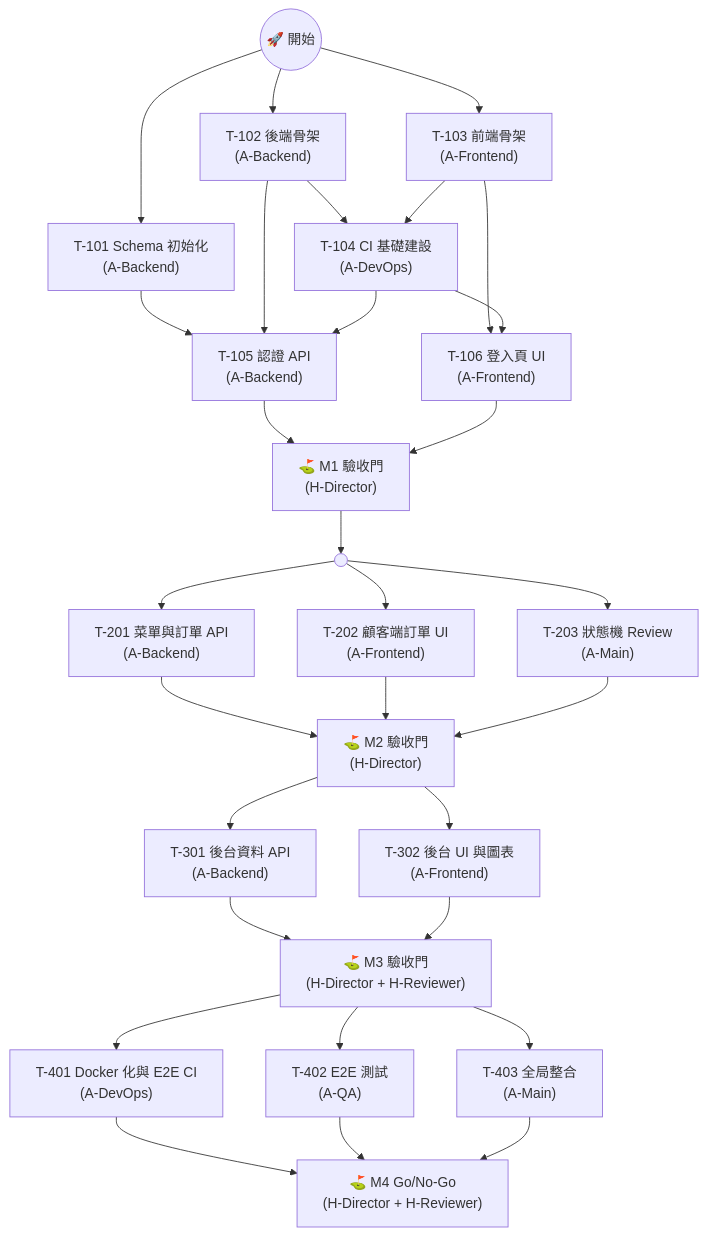
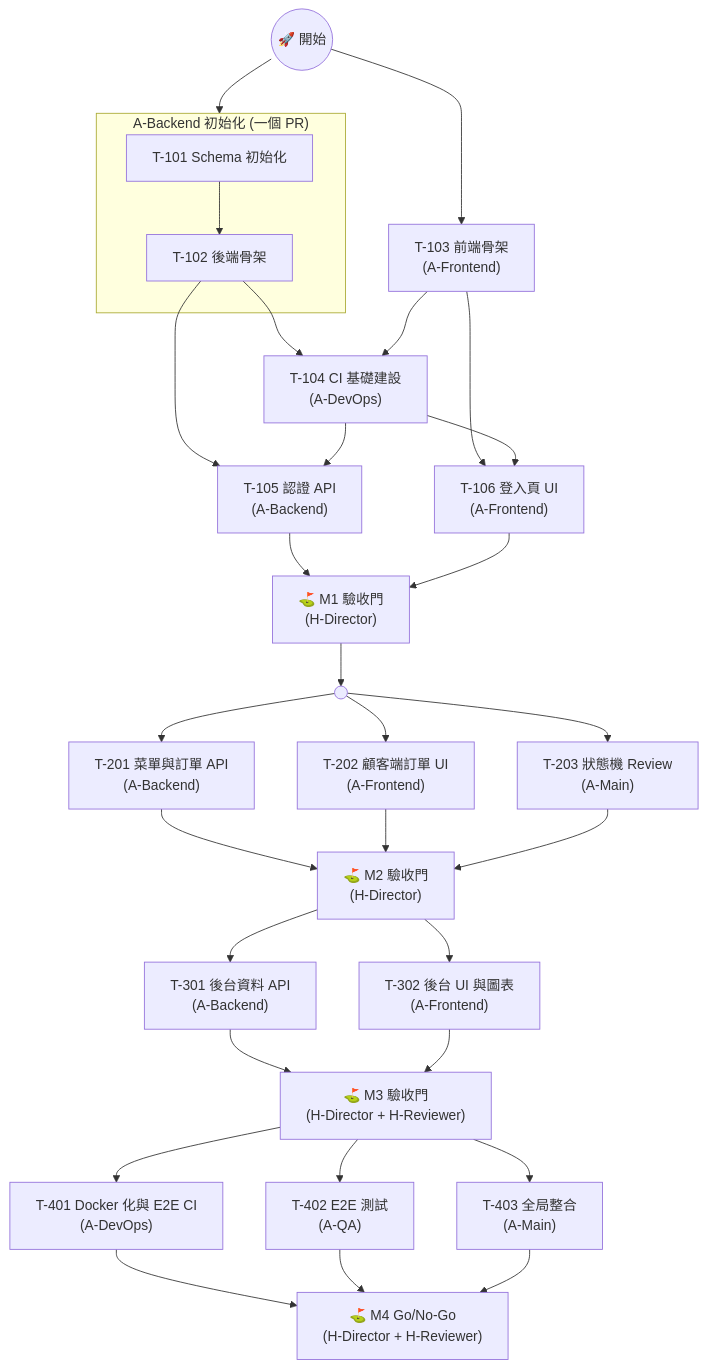
One commit to robin-li/vibe-money-book changed the third of 4 diagrams in .claude/skills/vibe-sdlc-p1-spec/examples/docs/02-Dev_Plan.md. Above: the diagram before and after it, drawn with Mermaid. The commit also changed other lines of this file and 1 other file, not shown here.

````diff
--- a/.claude/skills/vibe-sdlc-p1-spec/examples/docs/02-Dev_Plan.md
+++ b/.claude/skills/vibe-sdlc-p1-spec/examples/docs/02-Dev_Plan.md
@@ -376,44 +379,41 @@
 ```mermaid
 flowchart TB
-    START(("🚀 開始")) --> T101 & T102 & T103
+    START(("🚀 開始")) --> BE_INIT & T103
 
-    T101["T-101 Schema 初始化<br/>(A-Backend)"]
-    T102["T-102 後端骨架<br/>(A-Backend)"]
+    subgraph BE_INIT["A-Backend 初始化 (一個 PR)"]
+        T101["T-101 Schema 初始化"] --> T102["T-102 後端骨架"]
+    end
     T103["T-103 前端骨架<br/>(A-Frontend)"]
 
-    T102 & T103 --> T104
-    T104["T-104 CI 基礎建設<br/>(A-DevOps)"]
+    T102 & T103 --> T104["T-104 CI 基礎建設<br/>(A-DevOps)"]
 
-    T101 & T102 & T104 --> T105
-    T103 & T104 --> T106
-
-    T105["T-105 認證 API<br/>(A-Backend)"]
-    T106["T-106 登入頁 UI<br/>(A-Frontend)"]
+    T102 & T104 --> T105["T-105 認證 API<br/>(A-Backend)"]
+    T103 & T104 --> T106["T-106 登入頁 UI<br/>(A-Frontend)"]
 
     T105 & T106 --> M1G["⛳ M1 驗收門<br/>(H-Director)"]
 
     M1G --> G3_FORK((" "))
 
     G3_FORK --> T201 & T202 & T203
 
     T201["T-201 菜單與訂單 API<br/>(A-Backend)"]
     T202["T-202 顧客端訂單 UI<br/>(A-Frontend)"]
     T203["T-203 狀態機 Review<br/>(A-Main)"]
 
     T201 & T202 & T203 --> M2G["⛳ M2 驗收門<br/>(H-Director)"]
 
     M2G --> T301 & T302
 
     T301["T-301 後台資料 API<br/>(A-Backend)"]
     T302["T-302 後台 UI 與圖表<br/>(A-Frontend)"]
 
     T301 & T302 --> M3G["⛳ M3 驗收門<br/>(H-Director + H-Reviewer)"]
 
     M3G --> T401 & T402 & T403
 
     T401["T-401 Docker 化與 E2E CI<br/>(A-DevOps)"]
     T402["T-402 E2E 測試<br/>(A-QA)"]
     T403["T-403 全局整合<br/>(A-Main)"]
 
     T401 & T402 & T403 --> M4G["⛳ M4 Go/No-Go<br/>(H-Director + H-Reviewer)"]
 ```
````
